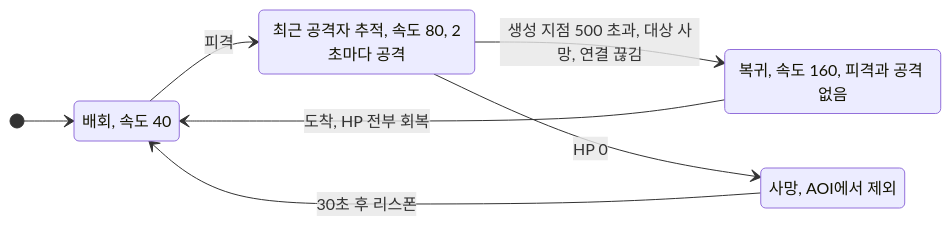
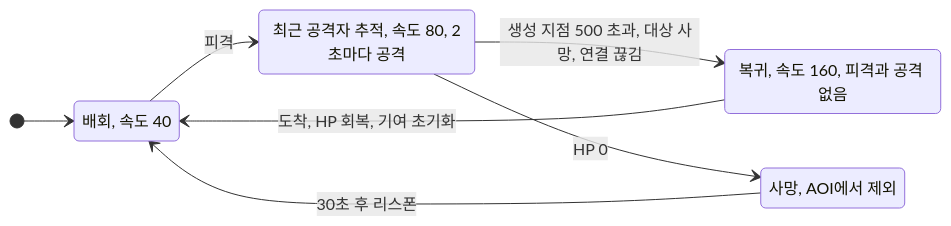
The diagram in docs/diagrams/src/flow-slime.mmd (Dongs9/try_mmo_server), drawn with Mermaid before and after one commit. The commit also changed 23 other files, not shown here.

```diff
--- a/docs/diagrams/src/flow-slime.mmd
+++ b/docs/diagrams/src/flow-slime.mmd
@@ -1,13 +1,13 @@
 stateDiagram-v2
     direction LR
     [*] --> Wander
     Wander --> Chase : 피격
     Chase --> Return : 생성 지점 500 초과, 대상 사망, 연결 끊김
     Chase --> Dead : HP 0
-    Return --> Wander : 도착, HP 전부 회복
+    Return --> Wander : 도착, HP 회복, 기여 초기화
     Dead --> Wander : 30초 후 리스폰
 
     Wander : 배회, 속도 40
     Chase : 최근 공격자 추적, 속도 80, 2초마다 공격
     Return : 복귀, 속도 160, 피격과 공격 없음
     Dead : 사망, AOI에서 제외
```
